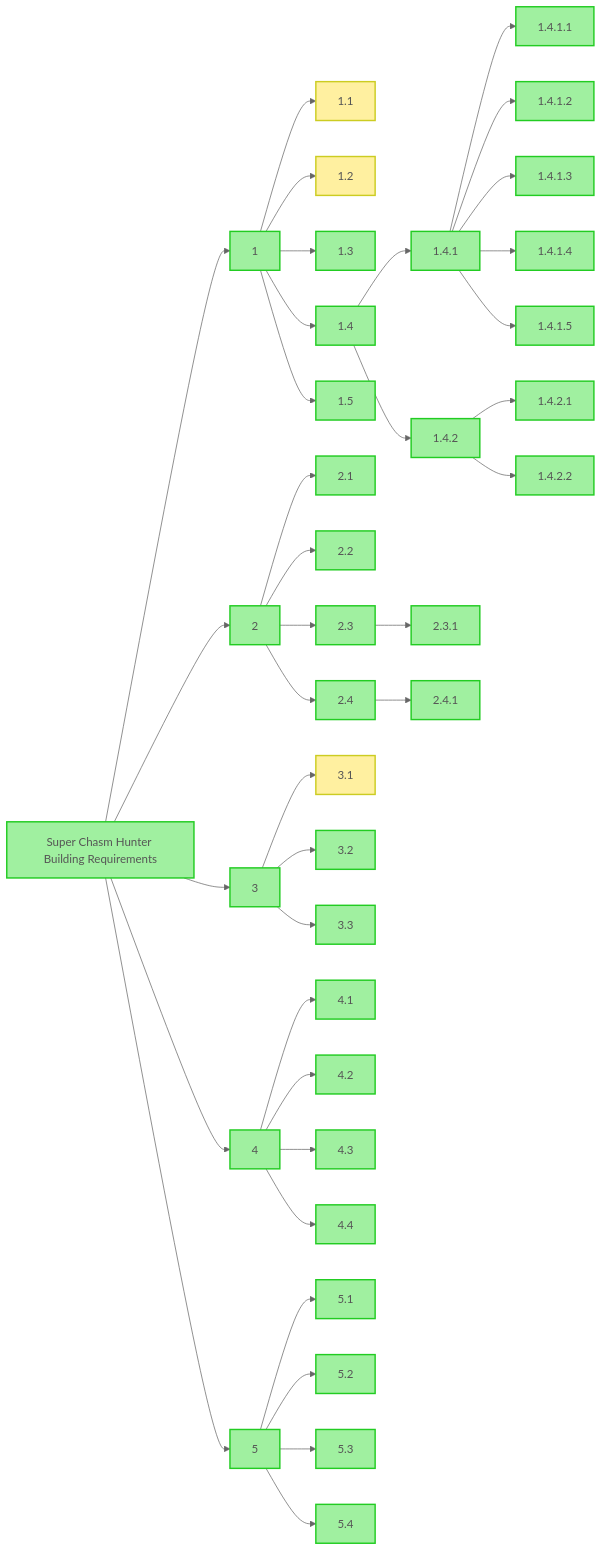
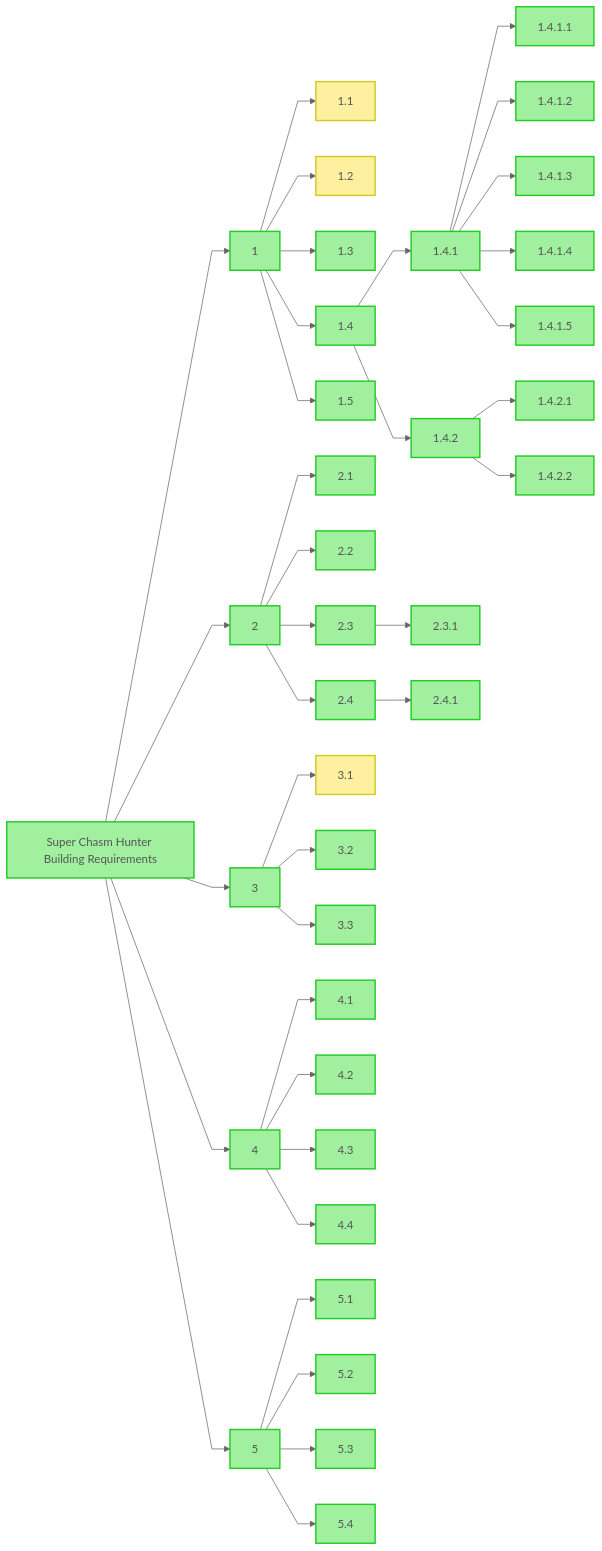
Before and after one commit to FilippoGurioli/super-chasm-hunter-pm: the diagram in docs/RBSs/SCH Building Requirements.md, drawn with Mermaid (neutral theme). The commit also changed 1 other file, not shown here.

Commit message:
Line test

````diff
--- a/docs/RBSs/SCH Building Requirements.md
+++ b/docs/RBSs/SCH Building Requirements.md
@@ -5,4 +5,5 @@
 ```mermaid
+%%{init: {'flowchart' : {'curve' : 'linear'}}}%%
 graph LR
     0[Super Chasm Hunter Building Requirements]
     1
````
